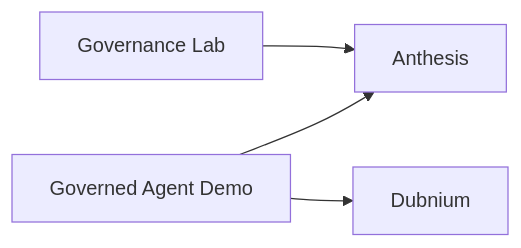
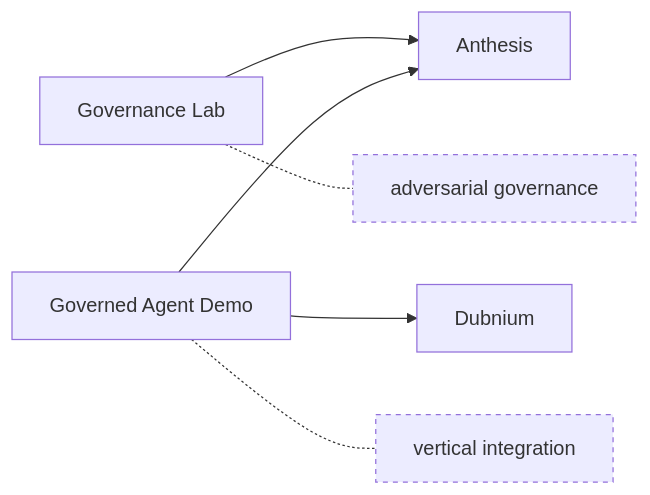
Before and after one commit to hackelia-micrantha/.github: the ninth of 9 diagrams in profile/README.md, drawn with Mermaid. The commit also changed other lines of this file, not shown here.

Commit message:
docs: add terse Mermaid note labels

````diff
--- a/profile/README.md
+++ b/profile/README.md
@@ -232,6 +260,10 @@
 ```mermaid
 flowchart LR
   GL["Governance Lab"] --> A["Anthesis"]
   GD["Governed Agent Demo"] --> D["Dubnium"]
   GD --> A
+
+  GL -.- GLN["adversarial governance"]:::note
+  GD -.- GDN["vertical integration"]:::note
+  classDef note stroke-dasharray: 4 4;
 ```
````
